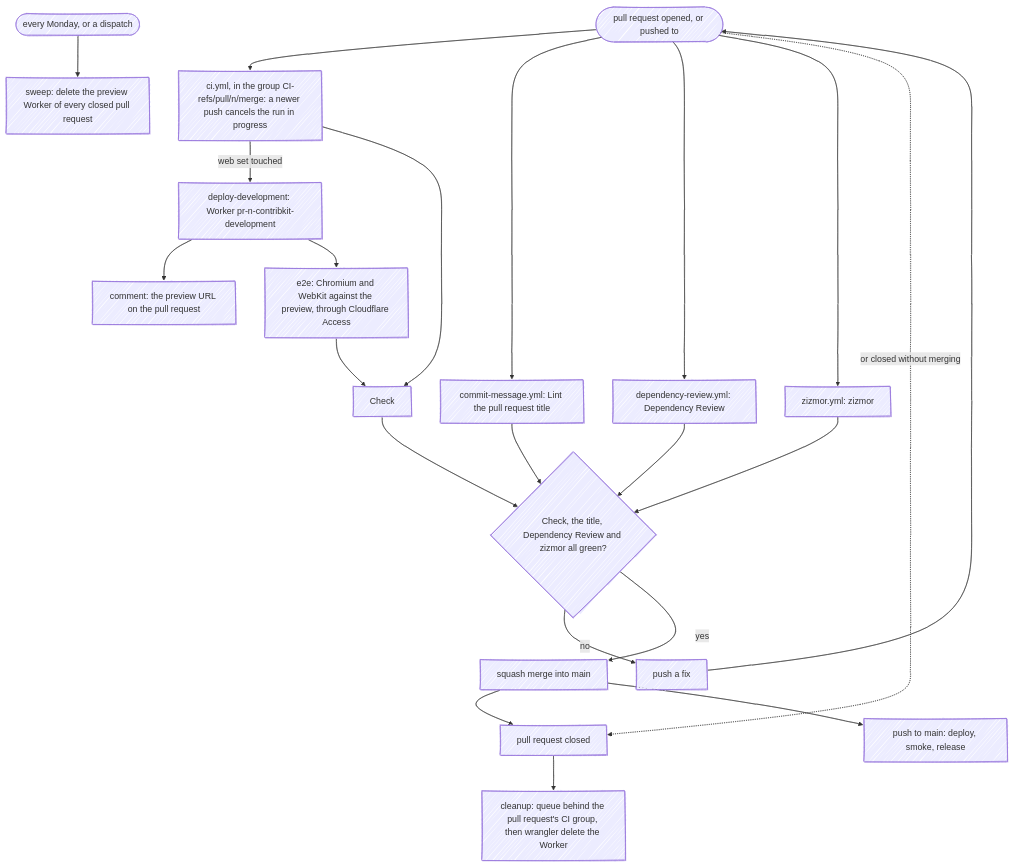
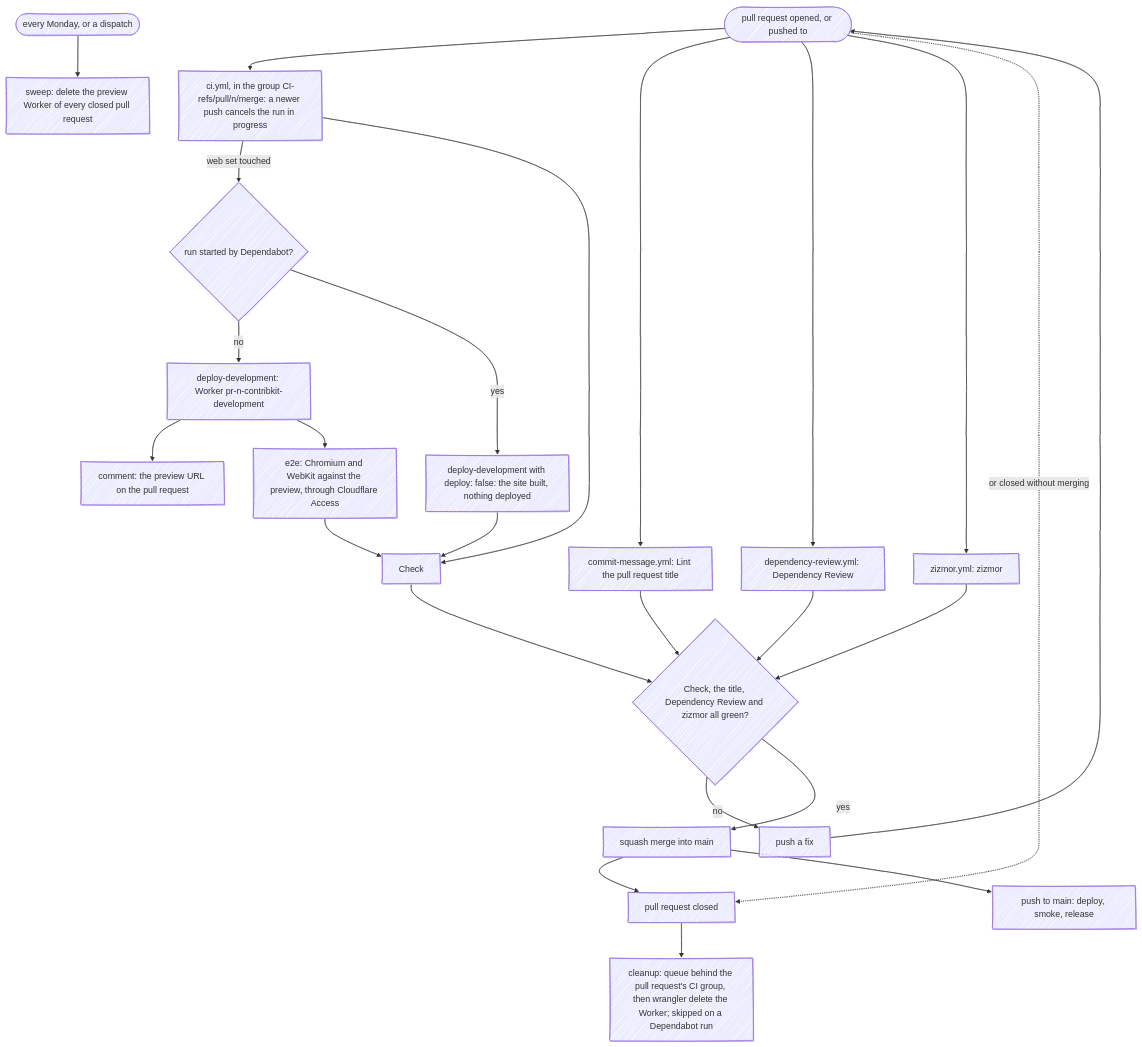
The fourth of 4 diagrams in docs/wiki/CI-CD.md (fbuireu/contribKit), drawn with Mermaid before and after one commit. The commit also changed other lines of this file, not shown here.

Commit message:
docs: draw the Dependabot pull request's build-only path in the CI diagrams
The pipeline and pull request diagrams showed every web pull request
deploying a preview. They branch on a run Dependabot triggers now:
deploy-development builds the site with deploy: false and ships nothing,
the comment and e2e are skipped, and the build still reaches Check; the
cleanup node says it skips such a run, and the previews section names the
exception.

````diff
--- a/docs/wiki/CI-CD.md
+++ b/docs/wiki/CI-CD.md
@@ -291,29 +292,32 @@
 ```mermaid
 ---
 config:
   look: handDrawn
   layout: dagre
 ---
 flowchart TD
     open(["pull request opened, or pushed to"]) --> ci["ci.yml, in the group CI-refs/pull/n/merge: a newer push cancels the run in progress"]
     open --> title["commit-message.yml: Lint the pull request title"]
     open --> review["dependency-review.yml: Dependency Review"]
     open --> zizmor["zizmor.yml: zizmor"]
-    ci -->|"web set touched"| preview["deploy-development: Worker pr-n-contribkit-development"]
+    ci -->|"web set touched"| bot{"run started by Dependabot?"}
+    bot -->|"no"| preview["deploy-development: Worker pr-n-contribkit-development"]
+    bot -->|"yes"| buildonly["deploy-development with deploy: false: the site built, nothing deployed"]
     preview --> comment["comment: the preview URL on the pull request"]
     preview --> e2e["e2e: Chromium and WebKit against the preview, through Cloudflare Access"]
     ci --> check["Check"]
+    buildonly --> check
     e2e --> check
     check --> gate{"Check, the title, Dependency Review and zizmor all green?"}
     title --> gate
     review --> gate
     zizmor --> gate
     gate -->|"no"| fix["push a fix"]
     fix --> open
     gate -->|"yes"| merge["squash merge into main"]
     merge --> closed["pull request closed"]
     open -. "or closed without merging" .-> closed
-    closed --> cleanup["cleanup: queue behind the pull request's CI group, then wrangler delete the Worker"]
+    closed --> cleanup["cleanup: queue behind the pull request's CI group, then wrangler delete the Worker; skipped on a Dependabot run"]
     merge --> push["push to main: deploy, smoke, release"]
     weekly(["every Monday, or a dispatch"]) --> sweep["sweep: delete the preview Worker of every closed pull request"]
 ```
````
